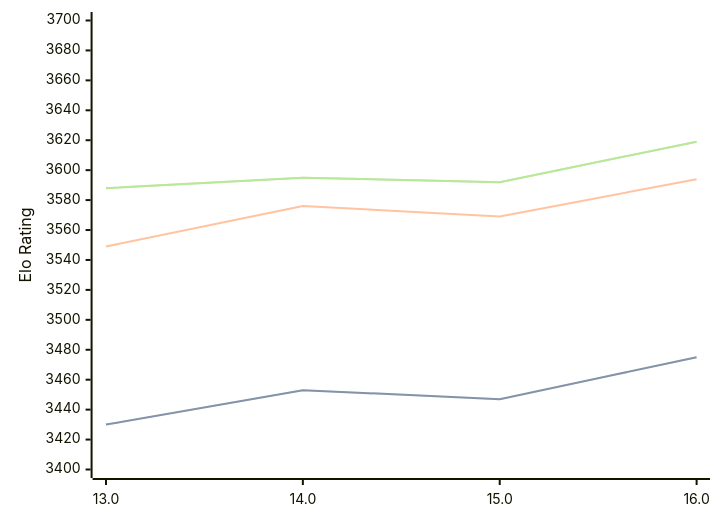
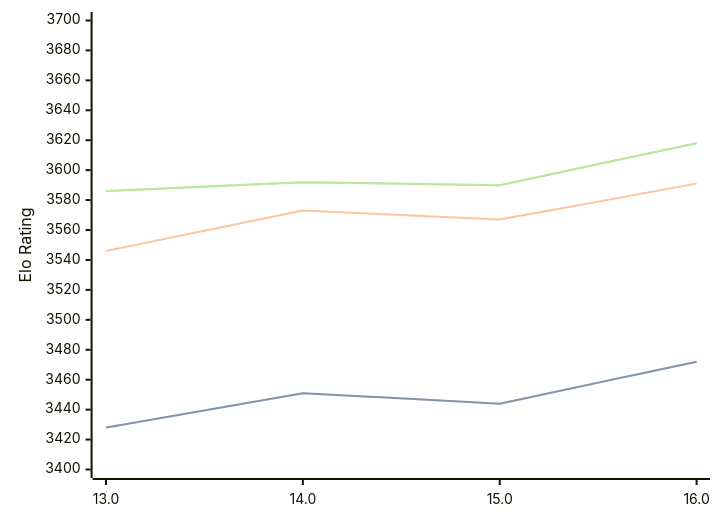
Before and after one commit to computer-chess-index/cci: the diagram in engines/Obsidian.md, drawn with Mermaid. The commit also changed other lines of this file, not shown here.

Commit message:
Update CCI Ratings (ELO VLTC) - 2026-04-23

````diff
--- a/engines/Obsidian.md
+++ b/engines/Obsidian.md
@@ -43,11 +43,11 @@
 ```mermaid
 %%{init: {"theme":"base","themeVariables":{"seriesColors:['#a3a3a3','#222221','#faa371']}}}%%
 xychart-beta
   x-axis ["13.0", "14.0", "15.0", "16.0"]
   y-axis "Elo Rating" 3400 --> 3700
-  line "STC (8.0+0.08s)" [3430, 3453, 3447, 3475]
-  line "STC (8.0+0.08s)" [3430, 3453, 3447, 3475]
-  line "LTC (60.0+0.60s)" [3549, 3576, 3569, 3594]
-  line "VLTC (2m24s+1.12s)" [3588, 3595, 3592, 3619]
-  line "VLTC (2m24s+1.12s)" [3588, 3595, 3592, 3619]
+  line "STC (8.0+0.08s)" [3428, 3451, 3444, 3472]
+  line "STC (8.0+0.08s)" [3428, 3451, 3444, 3472]
+  line "LTC (60.0+0.60s)" [3546, 3573, 3567, 3591]
+  line "VLTC (2m24s+1.12s)" [3586, 3592, 3590, 3618]
+  line "VLTC (2m24s+1.12s)" [3586, 3592, 3590, 3618]
 ```
````
